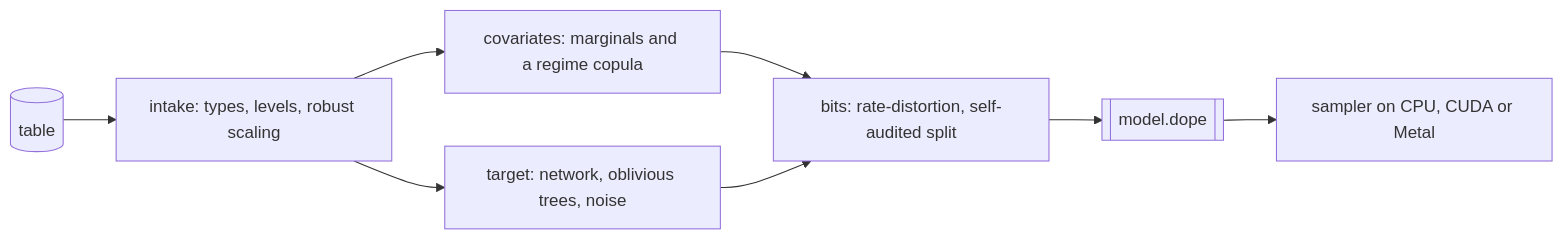
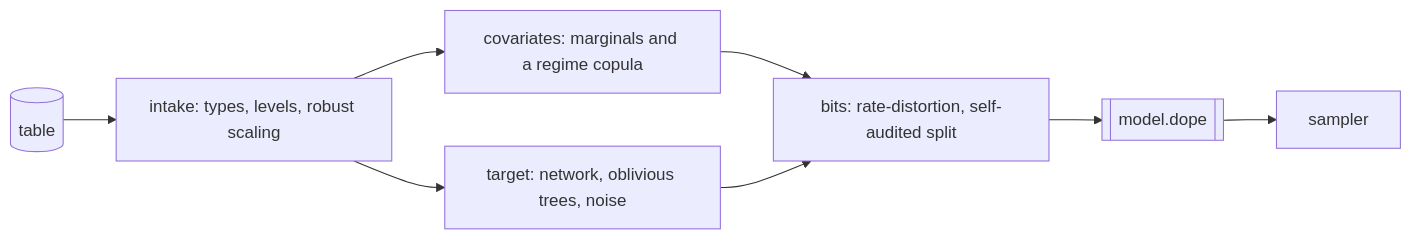
Before and after one commit to neverhuman/dope: the diagram in README.md, drawn with Mermaid. The commit also changed other lines of this file and 35 other files, not shown here.

````diff
--- a/README.md
+++ b/README.md
@@ -178,9 +184,9 @@
 ```mermaid
 flowchart LR
   T[(table)] --> I[intake: types, levels, robust scaling]
   I --> C[covariates: marginals and a regime copula]
   I --> Y[target: network, oblivious trees, noise]
   C & Y --> Q[bits: rate-distortion, self-audited split]
   Q --> A[[model.dope]]
-  A --> S[sampler on CPU, CUDA or Metal]
+  A --> S[sampler]
 ```
````
